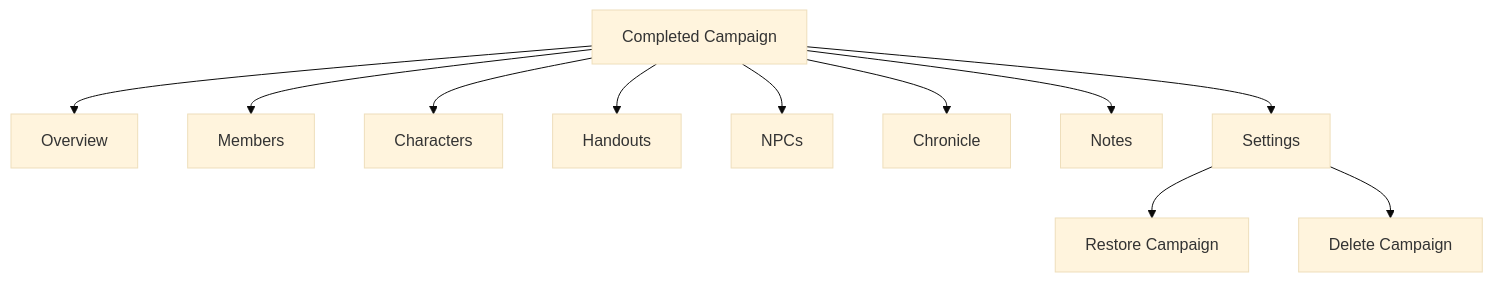
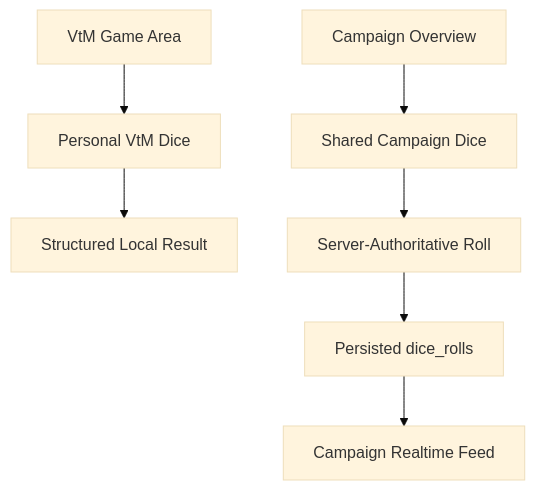
Before and after one commit to Andrey-0101/ttrpg-website: the fourth of 6 diagrams in docs/product/SITE_MAP.md, drawn with Mermaid (base theme). The commit also changed other lines of this file and 19 other files, not shown here.

````diff
--- a/docs/product/SITE_MAP.md
+++ b/docs/product/SITE_MAP.md
@@ -316,16 +117,11 @@
 ```mermaid
 flowchart TD
-    COMPLETED_CAMPAIGN["Completed Campaign"]
+    VTM["VtM Game Area"] --> PERSONAL_DICE["Personal VtM Dice"]
+    CAMPAIGN["Campaign Overview"] --> CAMPAIGN_DICE["Shared Campaign Dice"]
 
-    COMPLETED_CAMPAIGN --> OVERVIEW["Overview"]
-    COMPLETED_CAMPAIGN --> MEMBERS["Members"]
-    COMPLETED_CAMPAIGN --> CHARACTERS["Characters"]
-    COMPLETED_CAMPAIGN --> HANDOUTS["Handouts"]
-    COMPLETED_CAMPAIGN --> NPCS["NPCs"]
-    COMPLETED_CAMPAIGN --> CHRONICLE["Chronicle"]
-    COMPLETED_CAMPAIGN --> NOTES["Notes"]
-    COMPLETED_CAMPAIGN --> SETTINGS["Settings"]
+    PERSONAL_DICE --> LOCAL_RESULT["Structured Local Result"]
 
-    SETTINGS --> RESTORE["Restore Campaign"]
-    SETTINGS --> DELETE["Delete Campaign"]
+    CAMPAIGN_DICE --> SERVER_ROLL["Server-Authoritative Roll"]
+    SERVER_ROLL --> DATABASE["Persisted dice_rolls"]
+    DATABASE --> REALTIME["Campaign Realtime Feed"]
 ```
````
